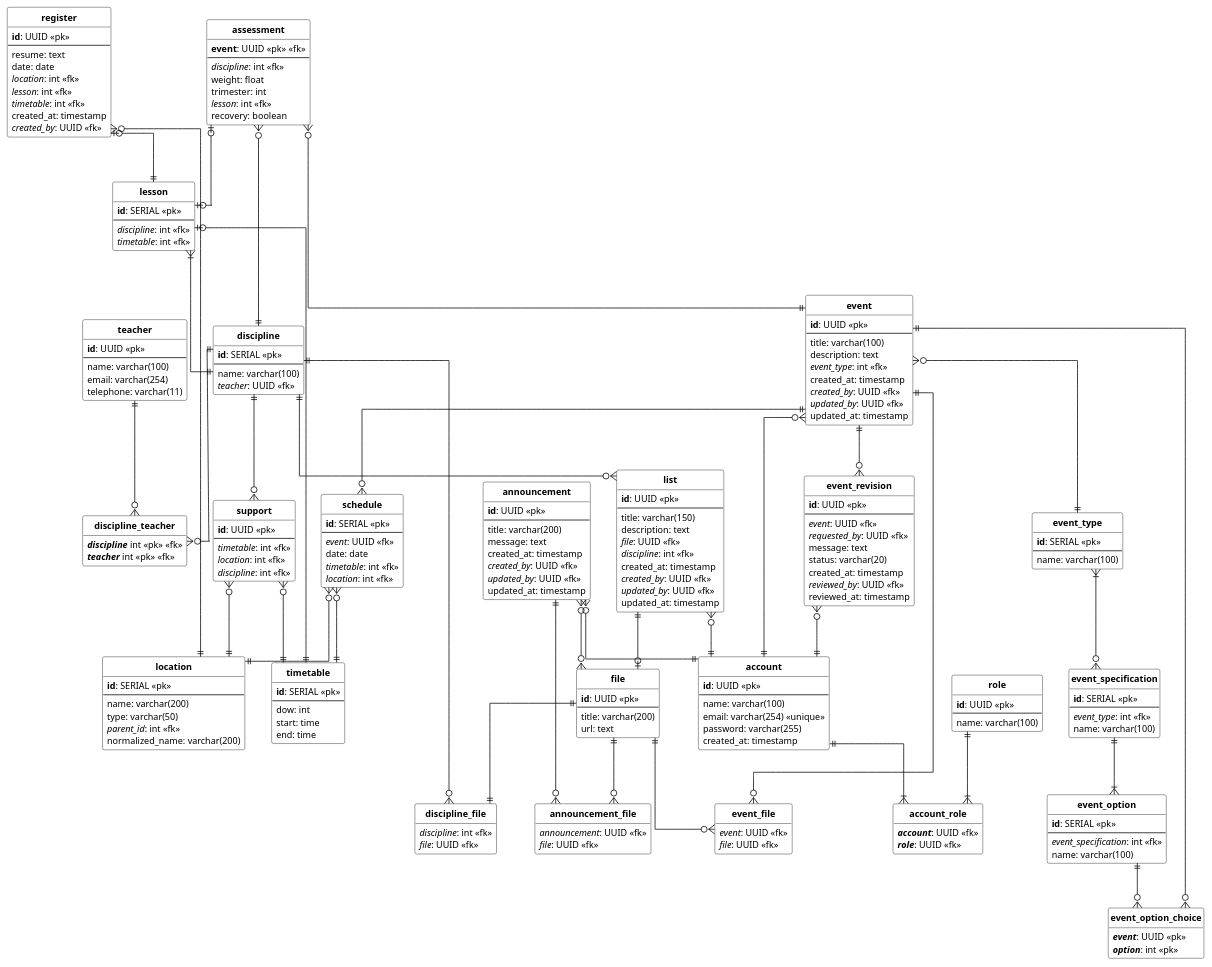
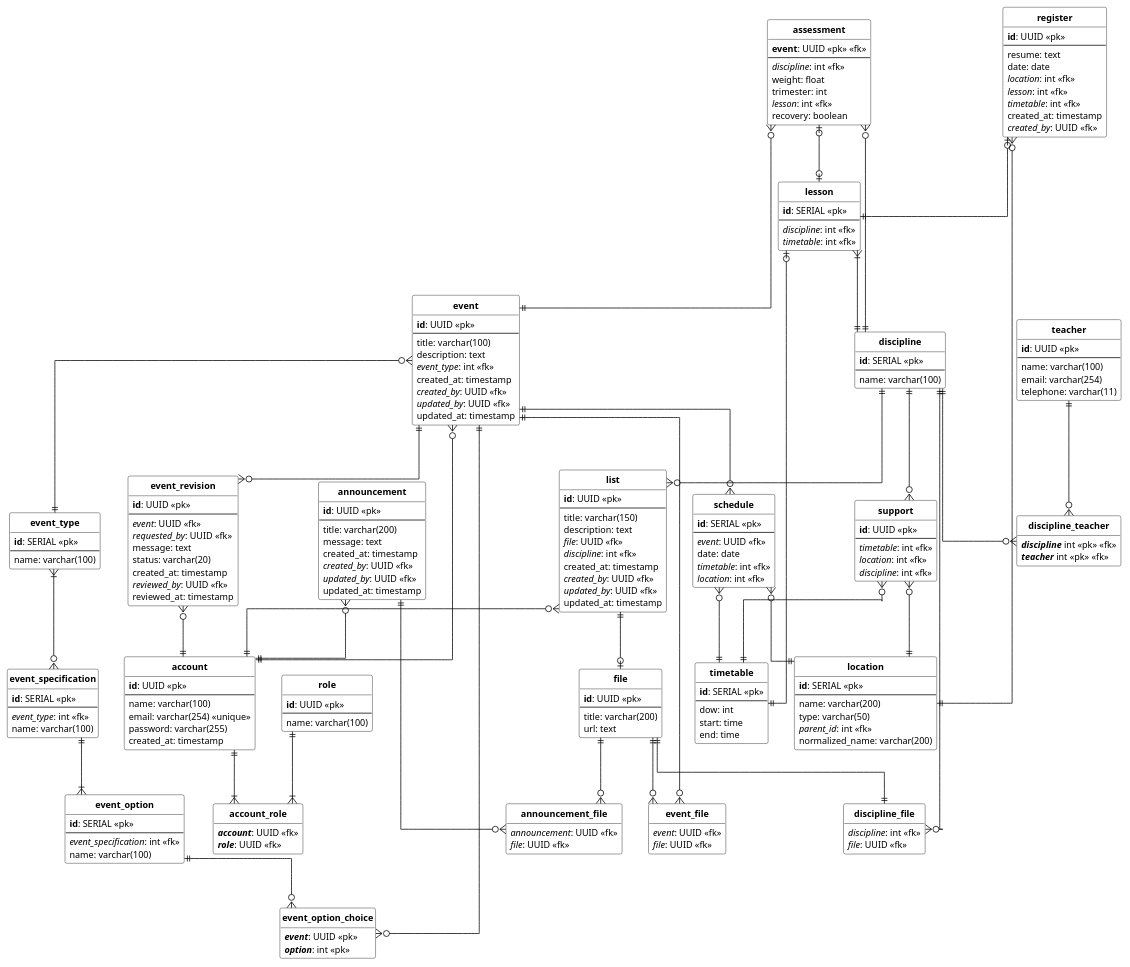
Before and after one commit to brunofagundesdev/PlantaLendario: the diagram in database/modeling.plantuml, drawn with PlantUML. The commit also changed 241 other files, not shown here.

```diff
--- a/database/modeling.plantuml
+++ b/database/modeling.plantuml
@@ -104,7 +104,6 @@
   **id**: SERIAL <<pk>>
   --
   name: varchar(100)
-  <i>teacher</i>: UUID <<fk>>
 }
 
 entity location {
@@ -241,7 +240,6 @@
 schedule }o--|| timetable
 
 discipline ||--o{ list
-announcement }o--o{ file
 list ||--o| file
 
 event ||--o{ event_file
```
